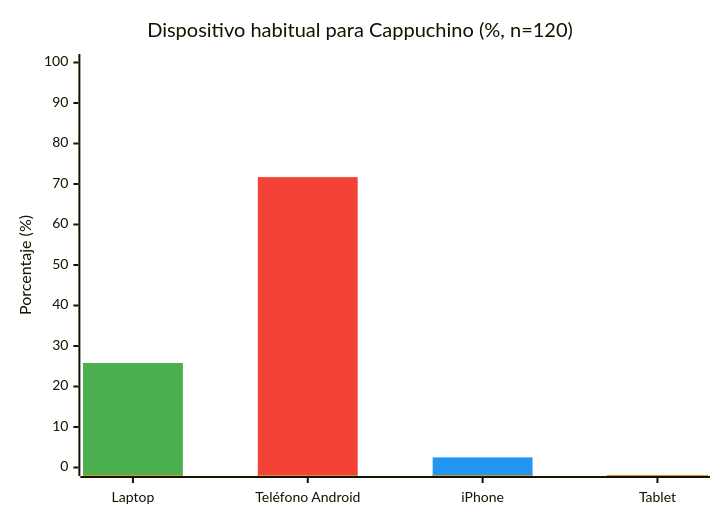
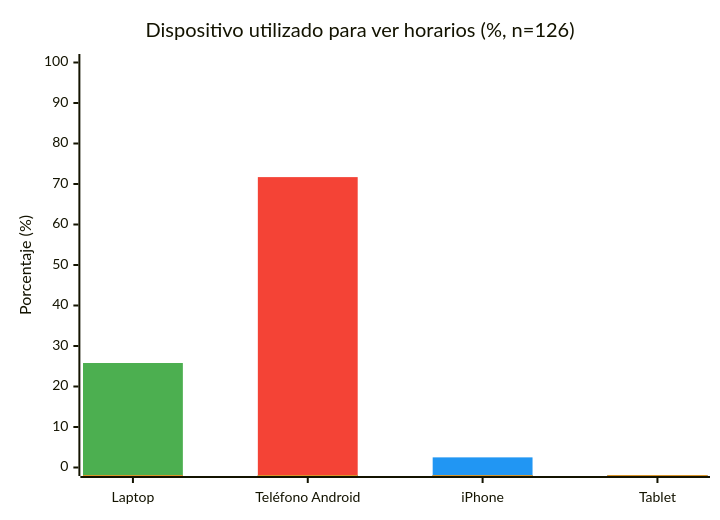
Before and after one commit to smith-3/Taller-Grado-II: the diagram in images/diagrams/encuesta_dispositivo.mmd, drawn with Mermaid. The commit also changed 34 other files, not shown here.

```diff
--- a/images/diagrams/encuesta_dispositivo.mmd
+++ b/images/diagrams/encuesta_dispositivo.mmd
@@ -1,20 +1,20 @@
 %%{init: {
   'theme': 'default',
   'themeVariables': {
     'xyChart': {
       'plotColorPalette': '#4CAF50, #F44336, #2196F3, #FF9800'
     }
   }
 }}%%
 xychart-beta
-    title "Dispositivo habitual para Cappuchino (%, n=120)"
+    title "Dispositivo utilizado para ver horarios (%, n=126)"
     x-axis ["Laptop", "Teléfono Android", "iPhone", "Tablet"]
     y-axis "Porcentaje (%)" 0 --> 100
     %% Laptop -> verde
     bar [25.8, -1.9, -1.9, -1.9]
     %% Teléfono Android -> rojo
     bar [-1.9, 71.7, -1.9, -1.9]
     %% iPhone -> azul
     bar [-1.9, -1.9, 2.5, -1.9]
     %% Tablet -> naranja (0%, oculto)
     bar [-1.9, -1.9, -1.9, -1.9]
```
